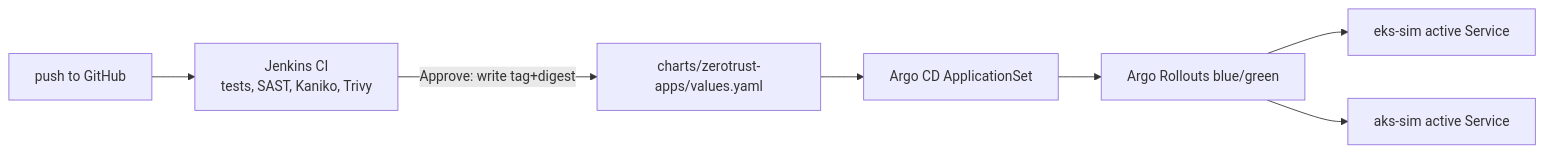
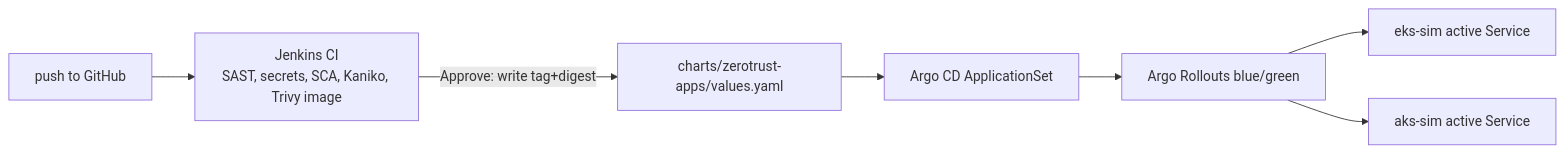
Before and after one commit to hanumanthvendra/k8s-multicluster-zerotrust: the second of 2 diagrams in README.md, drawn with Mermaid. The commit also changed other lines of this file and 1 other file, not shown here.

First line of the commit message:
Split Jenkins SAST from Trivy SCA and secret scans.

````diff
--- a/README.md
+++ b/README.md
@@ -85,9 +85,9 @@
 ```mermaid
 flowchart LR
-  DEV["push to GitHub"] --> J["Jenkins CI<br/>tests, SAST, Kaniko, Trivy"]
+  DEV["push to GitHub"] --> J["Jenkins CI<br/>SAST, secrets, SCA, Kaniko, Trivy image"]
   J -->|"Approve: write tag+digest"| GH["charts/zerotrust-apps/values.yaml"]
   GH --> A["Argo CD ApplicationSet"]
   A --> R["Argo Rollouts blue/green"]
   R --> EKS["eks-sim active Service"]
   R --> AKS["aks-sim active Service"]
 ```
````
